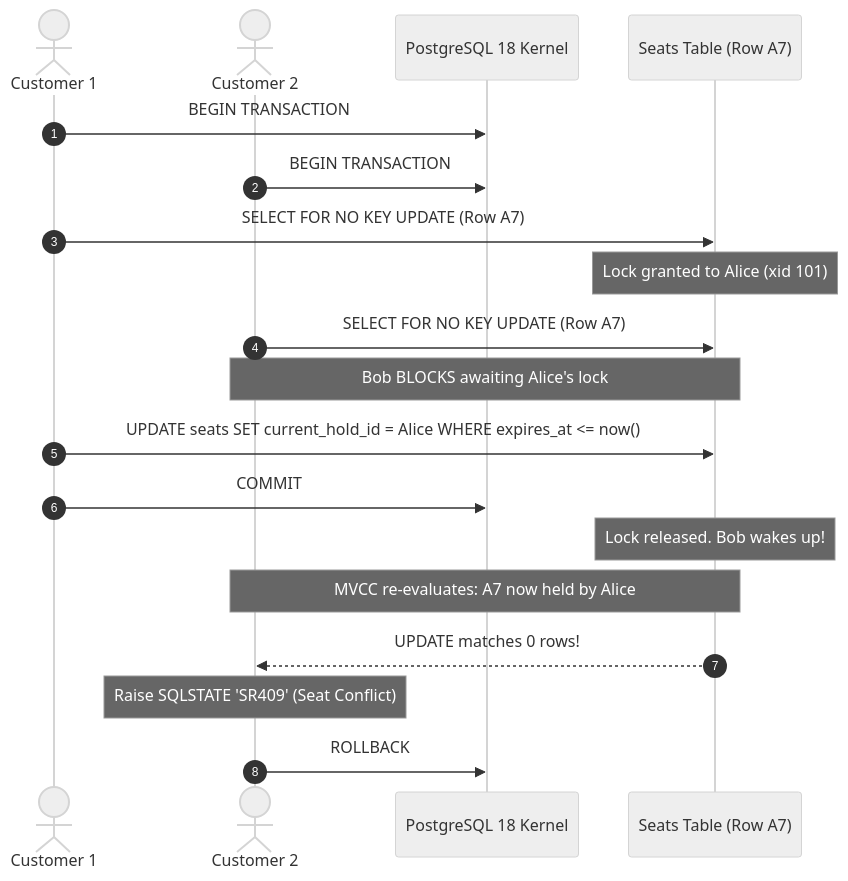
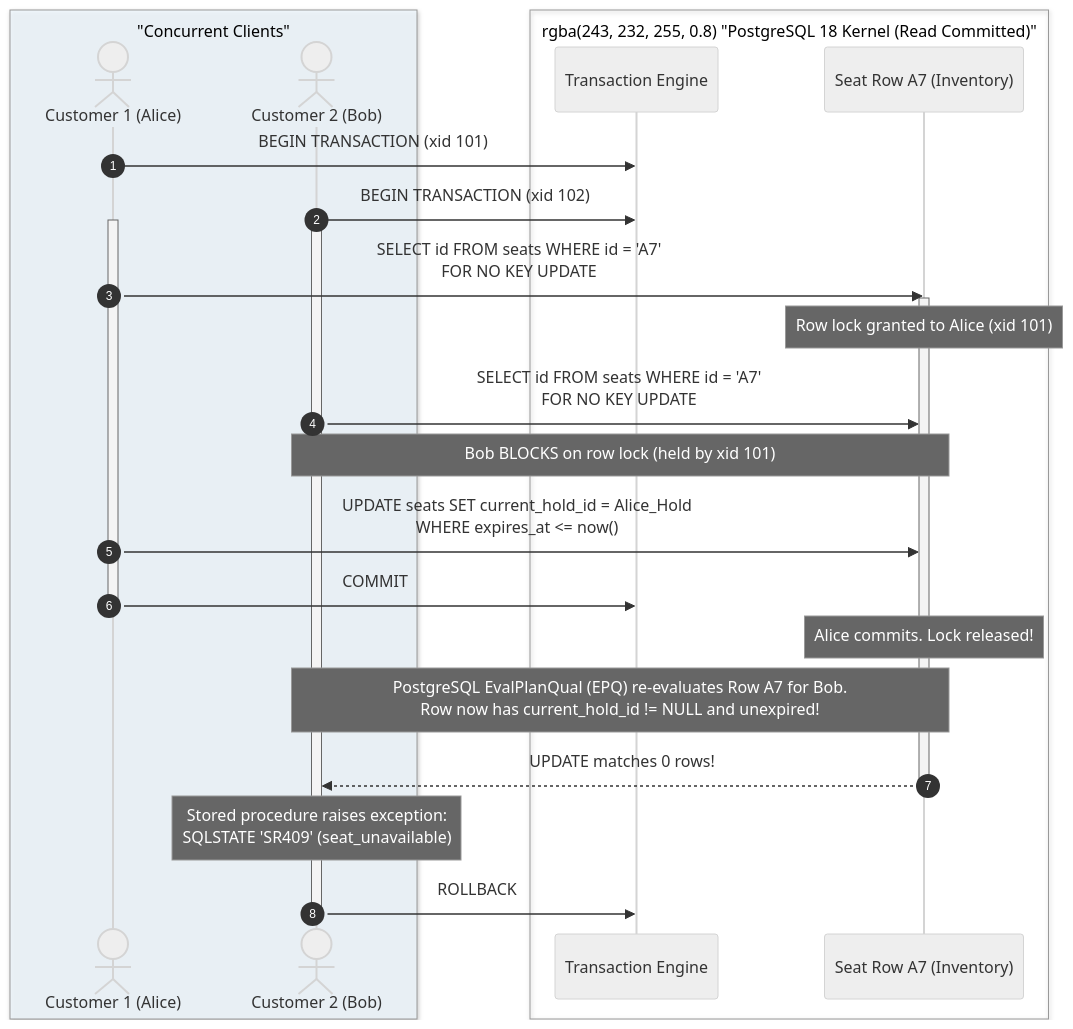
Before and after one commit to YuvvrajSingh/seat-rush: the first of 5 diagrams in docs/SYSTEMS_DESIGN.md, drawn with Mermaid (neutral theme). The commit also changed other lines of this file and 2 other files, not shown here.

Commit message:
docs: overhaul all Mermaid diagrams with modern styling, ERD, sequence boxes, and state machines

````diff
--- a/docs/SYSTEMS_DESIGN.md
+++ b/docs/SYSTEMS_DESIGN.md
@@ -44,22 +44,36 @@
 ```mermaid
 sequenceDiagram
     autonumber
-    actor Alice as Customer 1
-    actor Bob as Customer 2
-    participant PG as PostgreSQL 18 Kernel
-    participant Inv as Seats Table (Row A7)
+    box rgba(240, 249, 255, 0.8) "Concurrent Clients"
+        actor Alice as Customer 1 (Alice)
+        actor Bob as Customer 2 (Bob)
+    end
+    box rgba(243, 232, 255, 0.8) "PostgreSQL 18 Kernel (Read Committed)"
+        participant Engine as Transaction Engine
+        participant Row as Seat Row A7 (Inventory)
+    end
 
-    Alice->>PG: BEGIN TRANSACTION
-    Bob->>PG: BEGIN TRANSACTION
-    Alice->>Inv: SELECT FOR NO KEY UPDATE (Row A7)
-    Note over Inv: Lock granted to Alice (xid 101)
-    Bob->>Inv: SELECT FOR NO KEY UPDATE (Row A7)
-    Note over Bob,Inv: Bob BLOCKS awaiting Alice's lock
-    Alice->>Inv: UPDATE seats SET current_hold_id = Alice WHERE expires_at <= now()
-    Alice->>PG: COMMIT
-    Note over Inv: Lock released. Bob wakes up!
-    Note over Bob,Inv: MVCC re-evaluates: A7 now held by Alice
-    Inv-->>Bob: UPDATE matches 0 rows!
-    Note over Bob: Raise SQLSTATE 'SR409' (Seat Conflict)
-    Bob->>PG: ROLLBACK
+    Alice->>Engine: BEGIN TRANSACTION (xid 101)
+    Bob->>Engine: BEGIN TRANSACTION (xid 102)
+    activate Alice
+    activate Bob
+
+    Alice->>Row: SELECT id FROM seats WHERE id = 'A7'<br/>FOR NO KEY UPDATE
+    activate Row
+    Note over Row: Row lock granted to Alice (xid 101)
+
+    Bob->>Row: SELECT id FROM seats WHERE id = 'A7'<br/>FOR NO KEY UPDATE
+    Note over Bob,Row: Bob BLOCKS on row lock (held by xid 101)
+
+    Alice->>Row: UPDATE seats SET current_hold_id = Alice_Hold<br/>WHERE expires_at <= now()
+    Alice->>Engine: COMMIT
+    deactivate Alice
+    Note over Row: Alice commits. Lock released!
+
+    Note over Bob,Row: PostgreSQL EvalPlanQual (EPQ) re-evaluates Row A7 for Bob.<br/>Row now has current_hold_id != NULL and unexpired!
+    Row-->>Bob: UPDATE matches 0 rows!
+    deactivate Row
+    Note over Bob: Stored procedure raises exception:<br/>SQLSTATE 'SR409' (seat_unavailable)
+    Bob->>Engine: ROLLBACK
+    deactivate Bob
 ```
````
